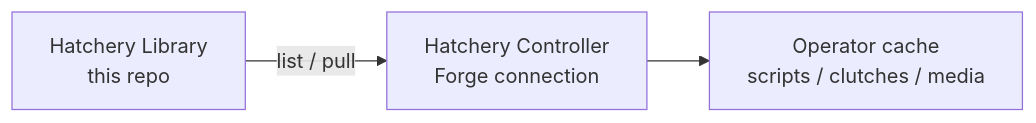
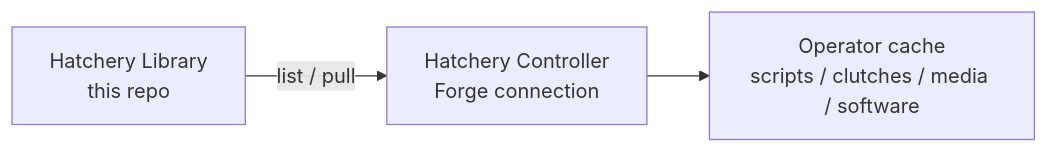
The diagram in README.md (dustinestes/Hatchery-Library), drawn with Mermaid before and after one commit. The commit also changed other lines of this file and 5 other files, not shown here.

````diff
--- a/README.md
+++ b/README.md
@@ -136,9 +157,9 @@
 ```mermaid
 flowchart LR
   HL["Hatchery Library<br/>this repo"]
   H["Hatchery Controller<br/>Forge connection"]
-  Cache["Operator cache<br/>scripts / clutches / media"]
+  Cache["Operator cache<br/>scripts / clutches / media / software"]
 
   HL -->|"list / pull"| H
   H --> Cache
 ```
````
